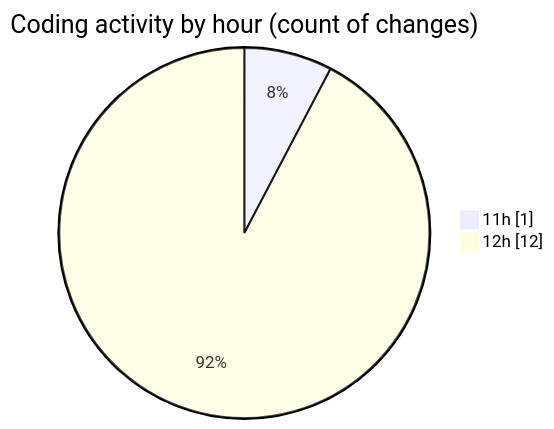
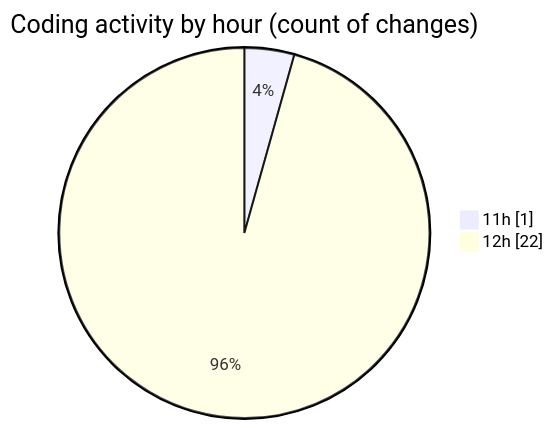
Before and after one commit to nxtqubesakshisongat/code-tracking: the second of 2 diagrams in 2025-07-25/nxtqube_webapp/README.md, drawn with Mermaid. The commit also changed other lines of this file and 1 other file, not shown here.

````diff
--- a/2025-07-25/nxtqube_webapp/README.md
+++ b/2025-07-25/nxtqube_webapp/README.md
@@ -33,6 +35,6 @@
 ```mermaid
 pie showData
 title Coding activity by hour (count of changes)
 "11h" : 1
-"12h" : 12
+"12h" : 22
 ```
````
